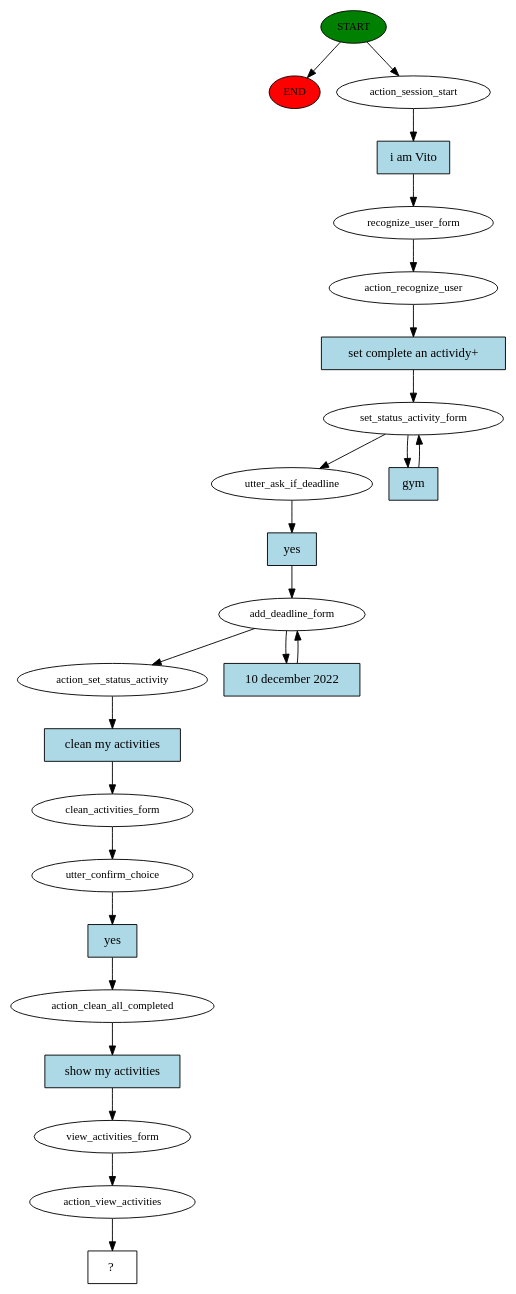
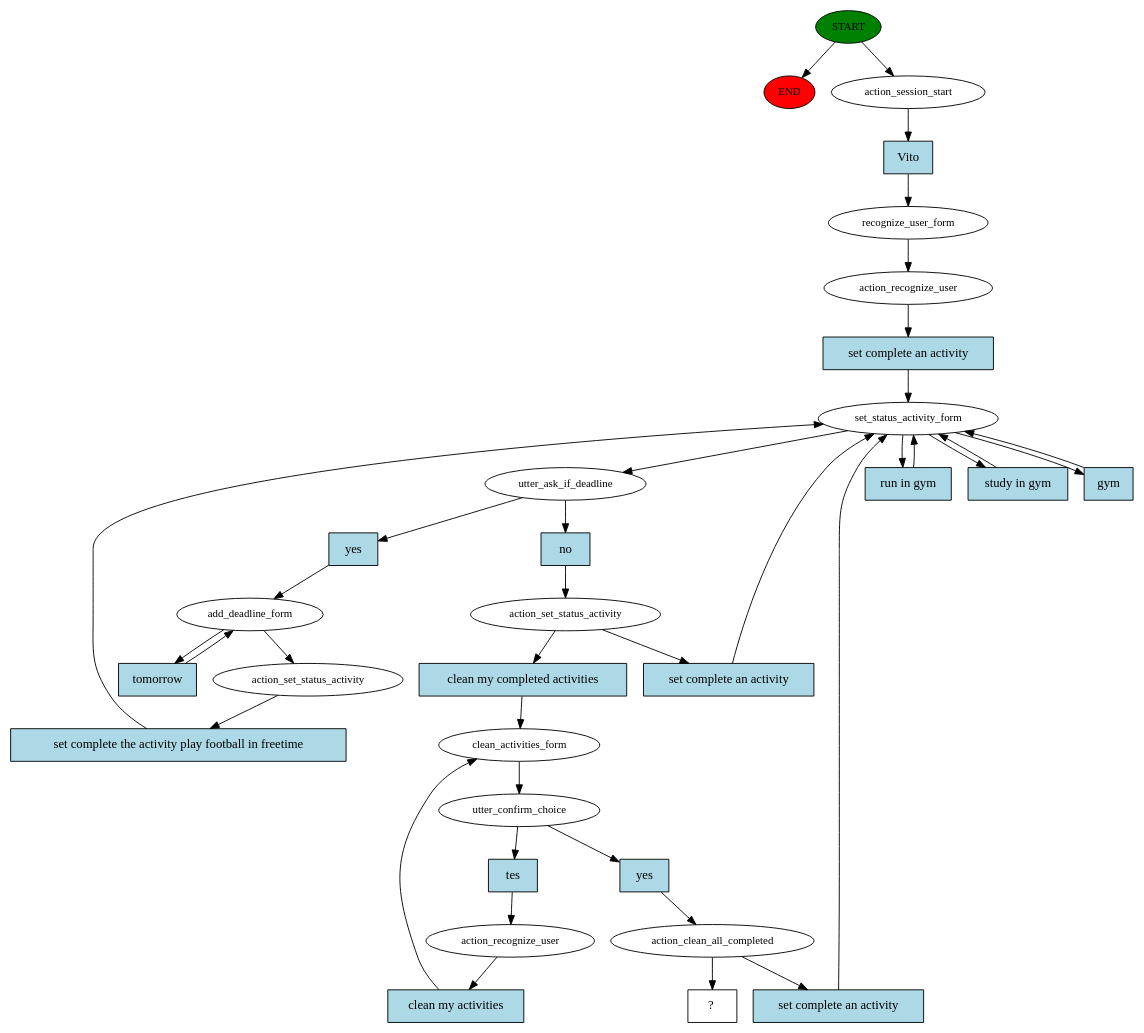
Before and after one commit to CamillaSpi/AI-To-Do-Assistant-Robot: the diagram in src/rasa_ros/Cogrob_rasa_midterm/story_graph.dot, drawn with Graphviz. The commit also changed 3 other files, not shown here.

Commit message:
fixed bug in set status activity without deadline

```diff
--- a/src/rasa_ros/Cogrob_rasa_midterm/story_graph.dot
+++ b/src/rasa_ros/Cogrob_rasa_midterm/story_graph.dot
@@ -1,49 +1,69 @@
 digraph  {
 0 [class="start active", fillcolor=green, fontsize=12, label=START, style=filled];
 "-1" [class=end, fillcolor=red, fontsize=12, label=END, style=filled];
 1 [class=active, fontsize=12, label=action_session_start];
 2 [class=active, fontsize=12, label=recognize_user_form];
 3 [class=active, fontsize=12, label=action_recognize_user];
 4 [class=active, fontsize=12, label=set_status_activity_form];
-7 [class=active, fontsize=12, label=utter_ask_if_deadline];
-8 [class=active, fontsize=12, label=add_deadline_form];
-10 [class=active, fontsize=12, label=action_set_status_activity];
-11 [class=active, fontsize=12, label=clean_activities_form];
-12 [class=active, fontsize=12, label=utter_confirm_choice];
+6 [class=active, fontsize=12, label=utter_ask_if_deadline];
+7 [class=active, fontsize=12, label=action_set_status_activity];
+8 [class=active, fontsize=12, label=clean_activities_form];
+9 [class=active, fontsize=12, label=utter_confirm_choice];
+10 [class=active, fontsize=12, label=action_recognize_user];
 13 [class=active, fontsize=12, label=action_clean_all_completed];
-14 [class=active, fontsize=12, label=view_activities_form];
-15 [class=active, fontsize=12, label=action_view_activities];
-16 [class="intent dashed active", label="  ?  ", shape=rect];
-17 [class="intent active", fillcolor=lightblue, label="i am Vito", shape=rect, style=filled];
-18 [class="intent active", fillcolor=lightblue, label="set complete an actividy+", shape=rect, style=filled];
-19 [class="intent active", fillcolor=lightblue, label=gym, shape=rect, style=filled];
-20 [class="intent active", fillcolor=lightblue, label=yes, shape=rect, style=filled];
-21 [class="intent active", fillcolor=lightblue, label="10 december 2022", shape=rect, style=filled];
-22 [class="intent active", fillcolor=lightblue, label="clean my activities", shape=rect, style=filled];
-23 [class="intent active", fillcolor=lightblue, label=yes, shape=rect, style=filled];
-24 [class="intent active", fillcolor=lightblue, label="show my activities", shape=rect, style=filled];
+22 [class=active, fontsize=12, label=add_deadline_form];
+24 [class=active, fontsize=12, label=action_set_status_activity];
+31 [class="intent dashed active", label="  ?  ", shape=rect];
+32 [class="intent active", fillcolor=lightblue, label=Vito, shape=rect, style=filled];
+33 [class="intent active", fillcolor=lightblue, label="set complete an activity", shape=rect, style=filled];
+34 [class="intent active", fillcolor=lightblue, label="run in gym", shape=rect, style=filled];
+35 [class="intent active", fillcolor=lightblue, label="study in gym", shape=rect, style=filled];
+36 [class="intent active", fillcolor=lightblue, label=gym, shape=rect, style=filled];
+37 [class="intent active", fillcolor=lightblue, label=no, shape=rect, style=filled];
+38 [class="intent active", fillcolor=lightblue, label=yes, shape=rect, style=filled];
+39 [class="intent active", fillcolor=lightblue, label="clean my completed activities", shape=rect, style=filled];
+40 [class="intent active", fillcolor=lightblue, label="set complete an activity", shape=rect, style=filled];
+41 [class="intent active", fillcolor=lightblue, label=tes, shape=rect, style=filled];
+42 [class="intent active", fillcolor=lightblue, label=yes, shape=rect, style=filled];
+43 [class="intent active", fillcolor=lightblue, label="clean my activities", shape=rect, style=filled];
+44 [class="intent active", fillcolor=lightblue, label="set complete an activity", shape=rect, style=filled];
+45 [class="intent active", fillcolor=lightblue, label=tomorrow, shape=rect, style=filled];
+46 [class="intent active", fillcolor=lightblue, label="set complete the activity play football in freetime", shape=rect, style=filled];
 0 -> "-1"  [class="", key=NONE, label=""];
 0 -> 1  [class=active, key=NONE, label=""];
-1 -> 17  [class=active, key=0];
+1 -> 32  [class=active, key=0];
 2 -> 3  [class=active, key=NONE, label=""];
-3 -> 18  [class=active, key=0];
-4 -> 7  [class=active, key=NONE, label=""];
-4 -> 19  [class=active, key=0];
-7 -> 20  [class=active, key=0];
-8 -> 10  [class=active, key=NONE, label=""];
-8 -> 21  [class=active, key=0];
-10 -> 22  [class=active, key=0];
-11 -> 12  [class=active, key=NONE, label=""];
-12 -> 23  [class=active, key=0];
-13 -> 24  [class=active, key=0];
-14 -> 15  [class=active, key=NONE, label=""];
-15 -> 16  [class=active, key=NONE, label=""];
-17 -> 2  [class=active, key=0];
-18 -> 4  [class=active, key=0];
-19 -> 4  [class=active, key=0];
-20 -> 8  [class=active, key=0];
-21 -> 8  [class=active, key=0];
-22 -> 11  [class=active, key=0];
-23 -> 13  [class=active, key=0];
-24 -> 14  [class=active, key=0];
+3 -> 33  [class=active, key=0];
+4 -> 6  [class=active, key=NONE, label=""];
+4 -> 34  [class=active, key=0];
+4 -> 35  [class=active, key=0];
+4 -> 36  [class=active, key=0];
+6 -> 37  [class=active, key=0];
+6 -> 38  [class=active, key=0];
+7 -> 39  [class=active, key=0];
+7 -> 40  [class=active, key=0];
+8 -> 9  [class=active, key=NONE, label=""];
+9 -> 41  [class=active, key=0];
+9 -> 42  [class=active, key=0];
+10 -> 43  [class=active, key=0];
+13 -> 31  [class=active, key=NONE, label=""];
+13 -> 44  [class=active, key=0];
+22 -> 24  [class=active, key=NONE, label=""];
+22 -> 45  [class=active, key=0];
+24 -> 46  [class=active, key=0];
+32 -> 2  [class=active, key=0];
+33 -> 4  [class=active, key=0];
+34 -> 4  [class=active, key=0];
+35 -> 4  [class=active, key=0];
+36 -> 4  [class=active, key=0];
+37 -> 7  [class=active, key=0];
+38 -> 22  [class=active, key=0];
+39 -> 8  [class=active, key=0];
+40 -> 4  [class=active, key=0];
+41 -> 10  [class=active, key=0];
+42 -> 13  [class=active, key=0];
+43 -> 8  [class=active, key=0];
+44 -> 4  [class=active, key=0];
+45 -> 22  [class=active, key=0];
+46 -> 4  [class=active, key=0];
 }
```
